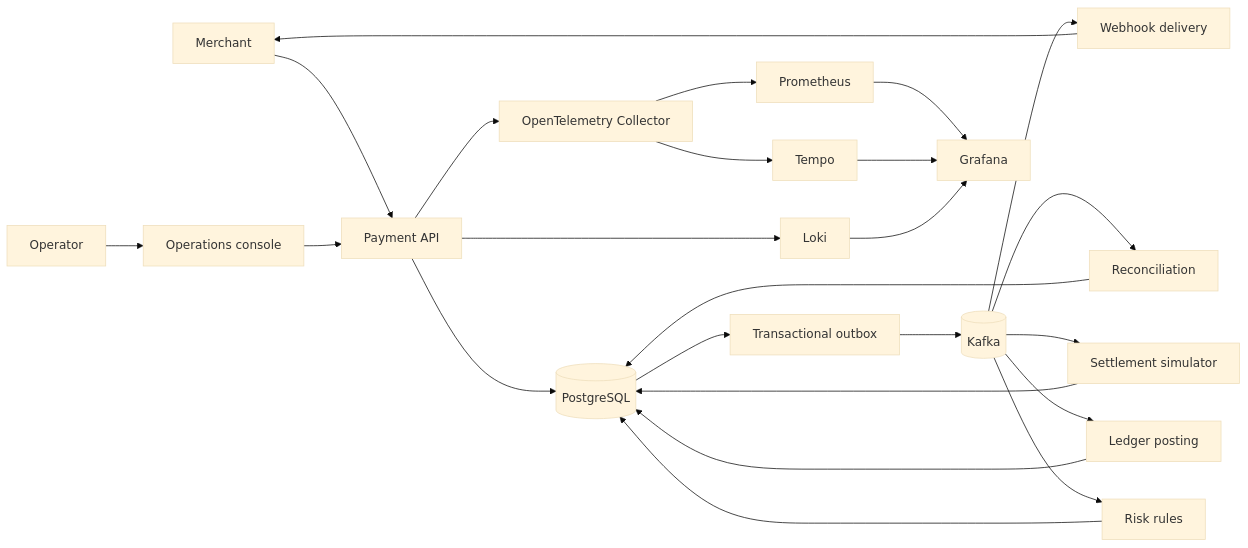
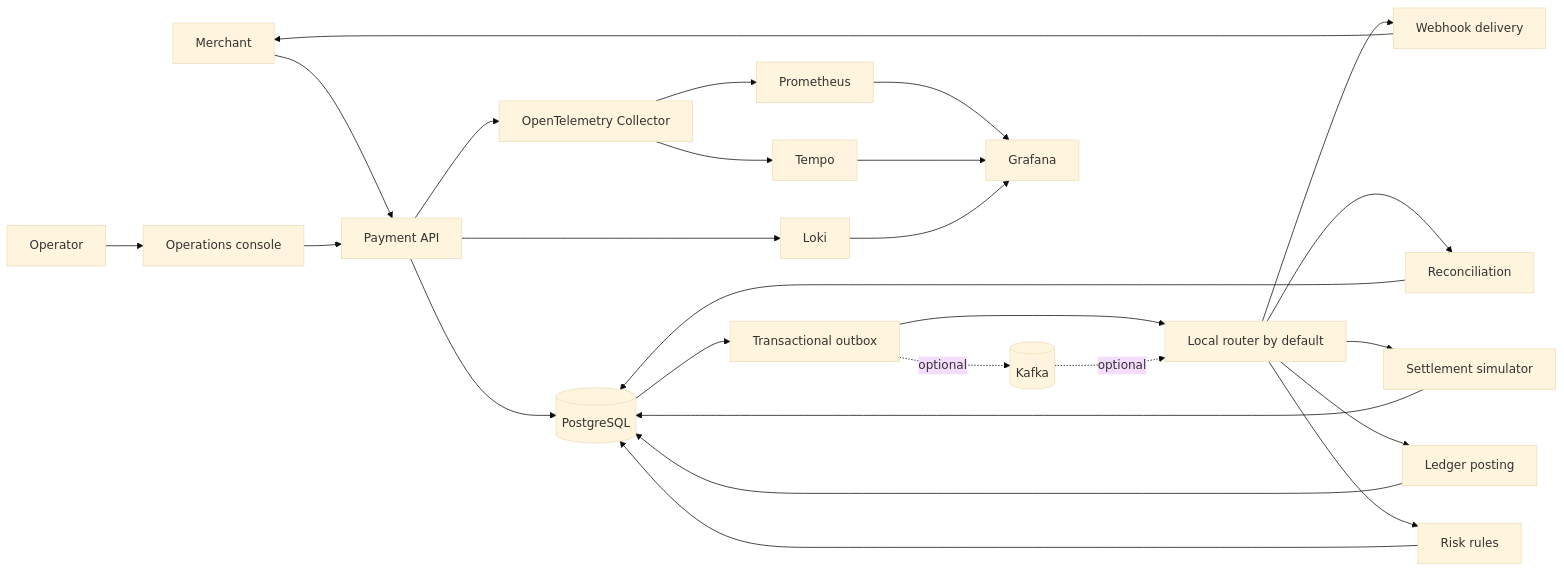
Before and after one commit to MarvelousJade/paymentops: the first of 2 diagrams in docs/ARCHITECTURE.md, drawn with Mermaid (base theme). The commit also changed other lines of this file and 34 other files, not shown here.

````diff
--- a/docs/ARCHITECTURE.md
+++ b/docs/ARCHITECTURE.md
@@ -5,26 +5,28 @@
 ```mermaid
 flowchart LR
     Merchant --> API[Payment API]
     Operator --> Console[Operations console]
     Console --> API
     API --> PG[(PostgreSQL)]
     PG --> Outbox[Transactional outbox]
-    Outbox --> Kafka[(Kafka)]
-    Kafka --> Risk[Risk rules]
-    Kafka --> Ledger[Ledger posting]
-    Kafka --> Settlement[Settlement simulator]
-    Kafka --> Reconciliation[Reconciliation]
-    Kafka --> Notification[Webhook delivery]
+    Outbox --> Router[Local router by default]
+    Outbox -. optional .-> Kafka[(Kafka)]
+    Kafka -. optional .-> Router
+    Router --> Risk[Risk rules]
+    Router --> Ledger[Ledger posting]
+    Router --> Settlement[Settlement simulator]
+    Router --> Reconciliation[Reconciliation]
+    Router --> Notification[Webhook delivery]
     Risk --> PG
     Ledger --> PG
     Settlement --> PG
     Reconciliation --> PG
     Notification --> Merchant
     API --> OTel[OpenTelemetry Collector]
     OTel --> Tempo
     OTel --> Prometheus
     API --> Loki
     Prometheus --> Grafana
     Tempo --> Grafana
     Loki --> Grafana
 ```
````
